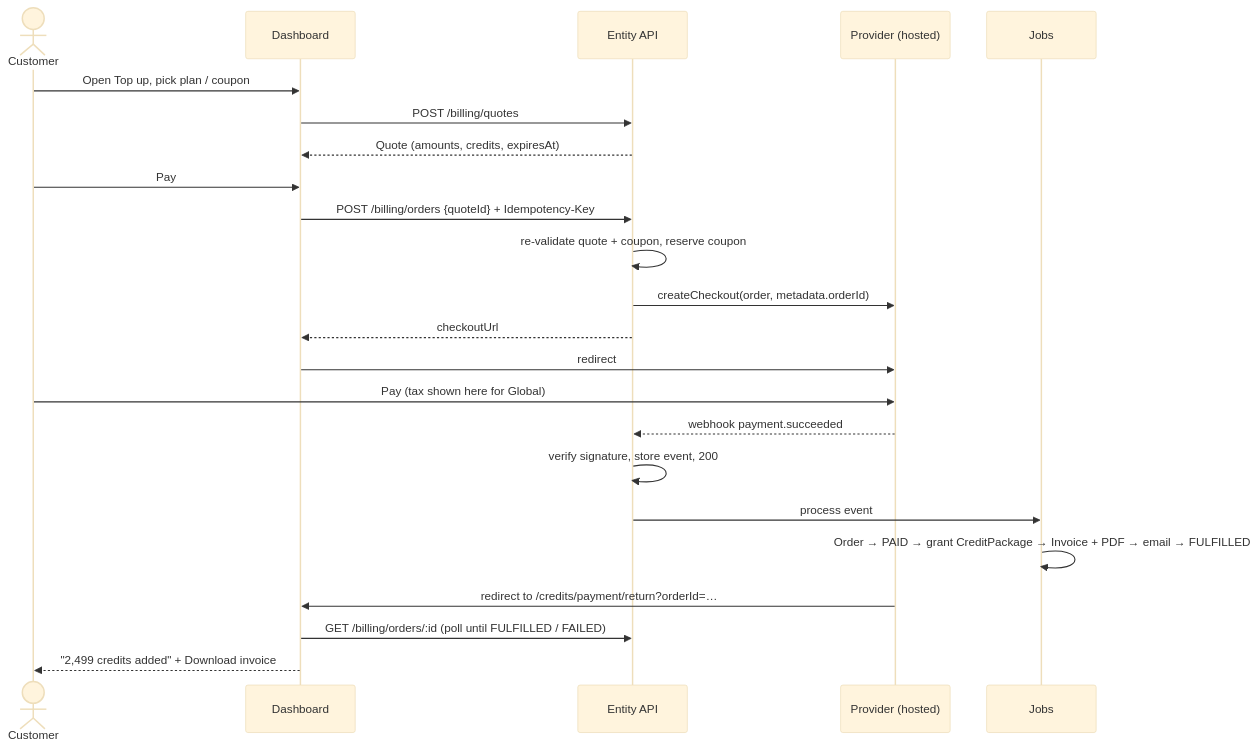
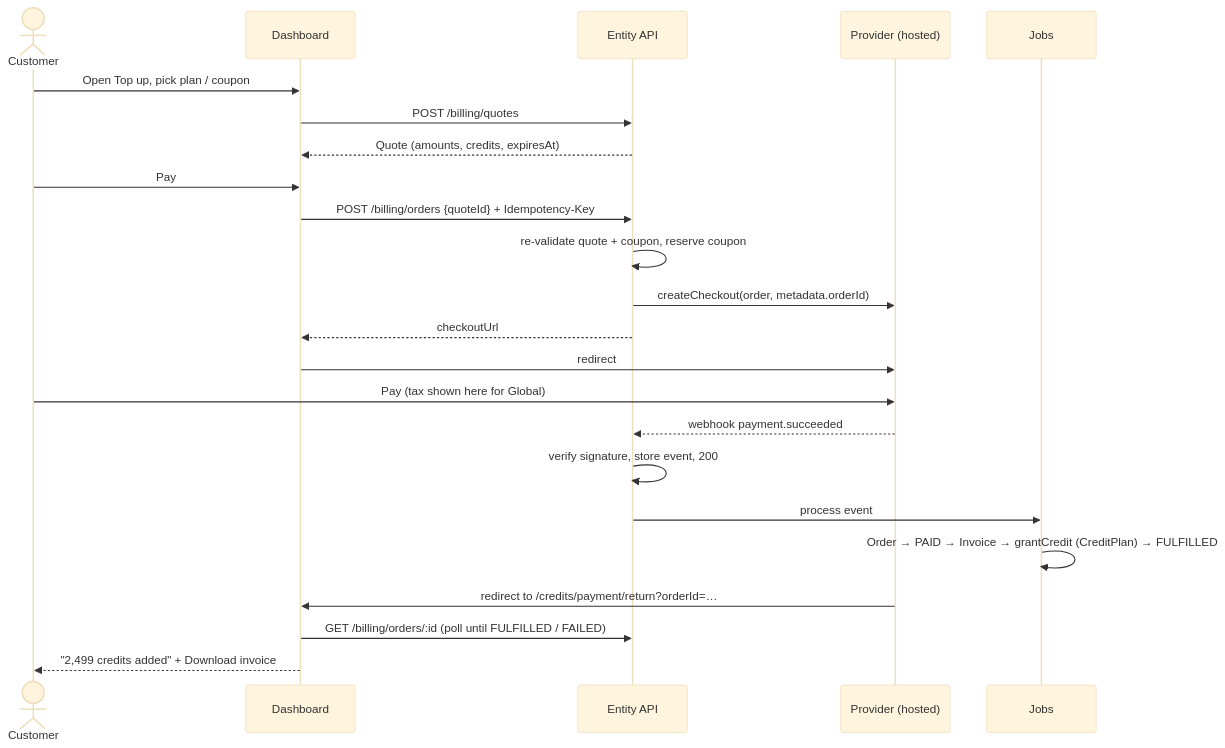
One commit to hypersign-protocol/entity-developer-dashboard changed the third of 4 diagrams in docs/adr/credit-top-up-payments.md. Above: the diagram before and after it, drawn with Mermaid (base theme). The commit also changed other lines of this file and 17 other files, not shown here.

````diff
--- a/docs/adr/credit-top-up-payments.md
+++ b/docs/adr/credit-top-up-payments.md
@@ -758,26 +861,26 @@
 ```mermaid
 sequenceDiagram
   actor U as Customer
   participant D as Dashboard
   participant A as Entity API
   participant P as Provider (hosted)
   participant J as Jobs
 
   U->>D: Open Top up, pick plan / coupon
   D->>A: POST /billing/quotes
   A-->>D: Quote (amounts, credits, expiresAt)
   U->>D: Pay
   D->>A: POST /billing/orders {quoteId} + Idempotency-Key
   A->>A: re-validate quote + coupon, reserve coupon
   A->>P: createCheckout(order, metadata.orderId)
   A-->>D: checkoutUrl
   D->>P: redirect
   U->>P: Pay (tax shown here for Global)
   P-->>A: webhook payment.succeeded
   A->>A: verify signature, store event, 200
   A->>J: process event
-  J->>J: Order → PAID → grant CreditPackage → Invoice + PDF → email → FULFILLED
+  J->>J: Order → PAID → Invoice → grantCredit (CreditPlan) → FULFILLED
   P->>D: redirect to /credits/payment/return?orderId=…
   D->>A: GET /billing/orders/:id (poll until FULFILLED / FAILED)
   D-->>U: "2,499 credits added" + Download invoice
 ```
````
